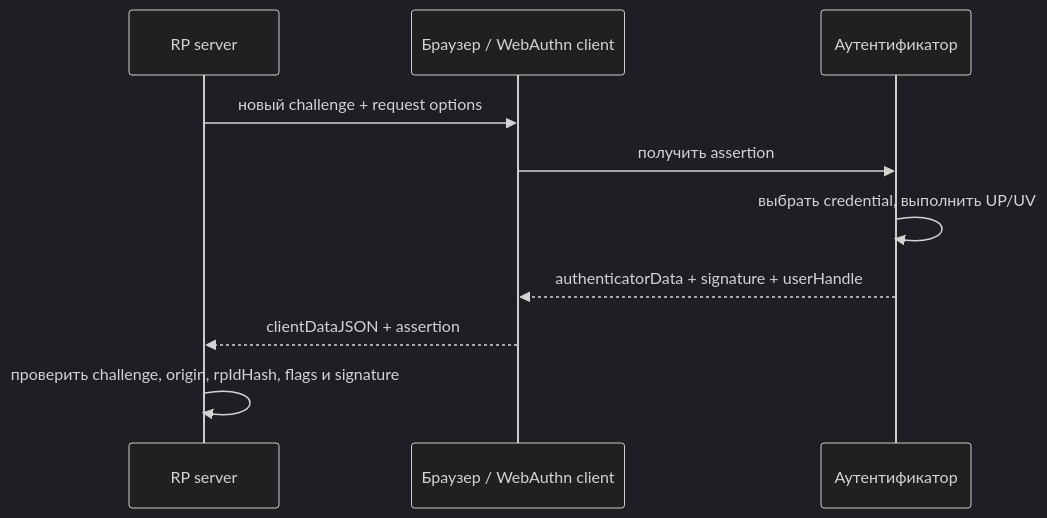
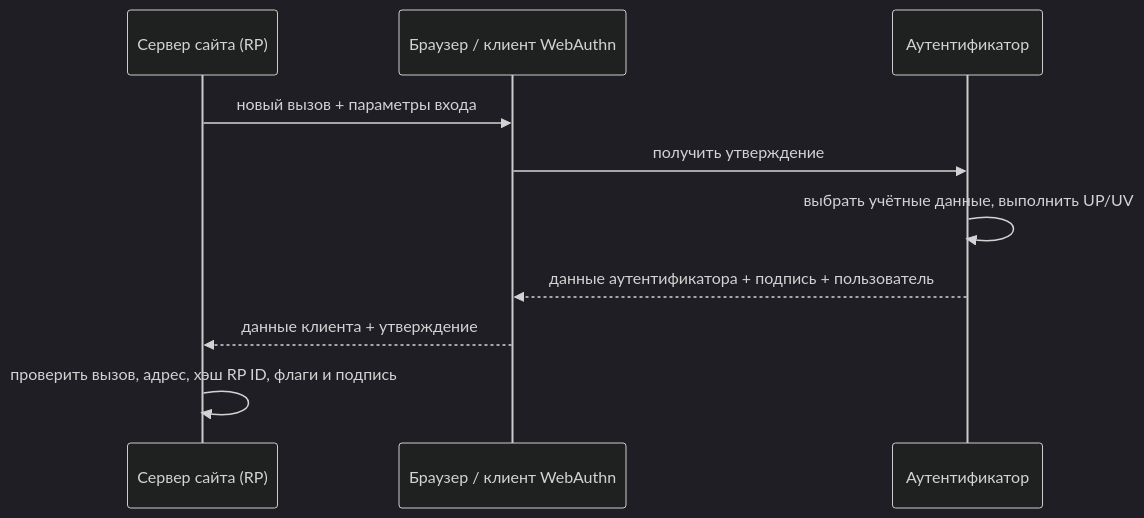
Before and after one commit to zapret-discordyoutube/todo: the third of 3 diagrams in FIDO/webauthn.md, drawn with Mermaid (dark theme). The commit also changed other lines of this file and 8 other files, not shown here.

````diff
--- a/FIDO/webauthn.md
+++ b/FIDO/webauthn.md
@@ -81,12 +125,12 @@
 ```mermaid
 sequenceDiagram
-    participant S as RP server
-    participant B as Браузер / WebAuthn client
+    participant S as Сервер сайта (RP)
+    participant B as Браузер / клиент WebAuthn
     participant A as Аутентификатор
-    S->>B: новый challenge + request options
-    B->>A: получить assertion
-    A->>A: выбрать credential, выполнить UP/UV
-    A-->>B: authenticatorData + signature + userHandle
-    B-->>S: clientDataJSON + assertion
-    S->>S: проверить challenge, origin, rpIdHash, flags и signature
+    S->>B: новый вызов + параметры входа
+    B->>A: получить утверждение
+    A->>A: выбрать учётные данные, выполнить UP/UV
+    A-->>B: данные аутентификатора + подпись + пользователь
+    B-->>S: данные клиента + утверждение
+    S->>S: проверить вызов, адрес, хэш RP ID, флаги и подпись
 ```
````
